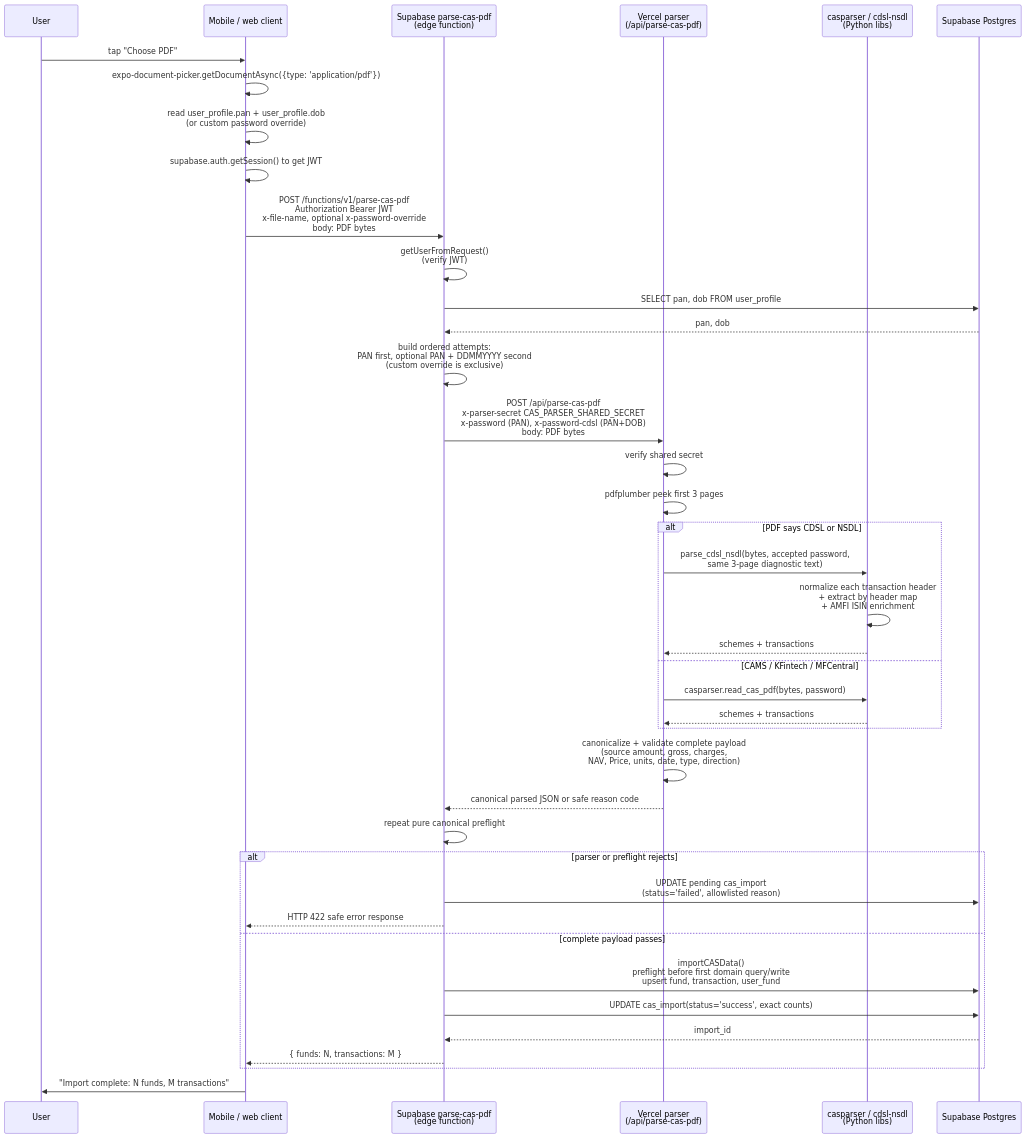
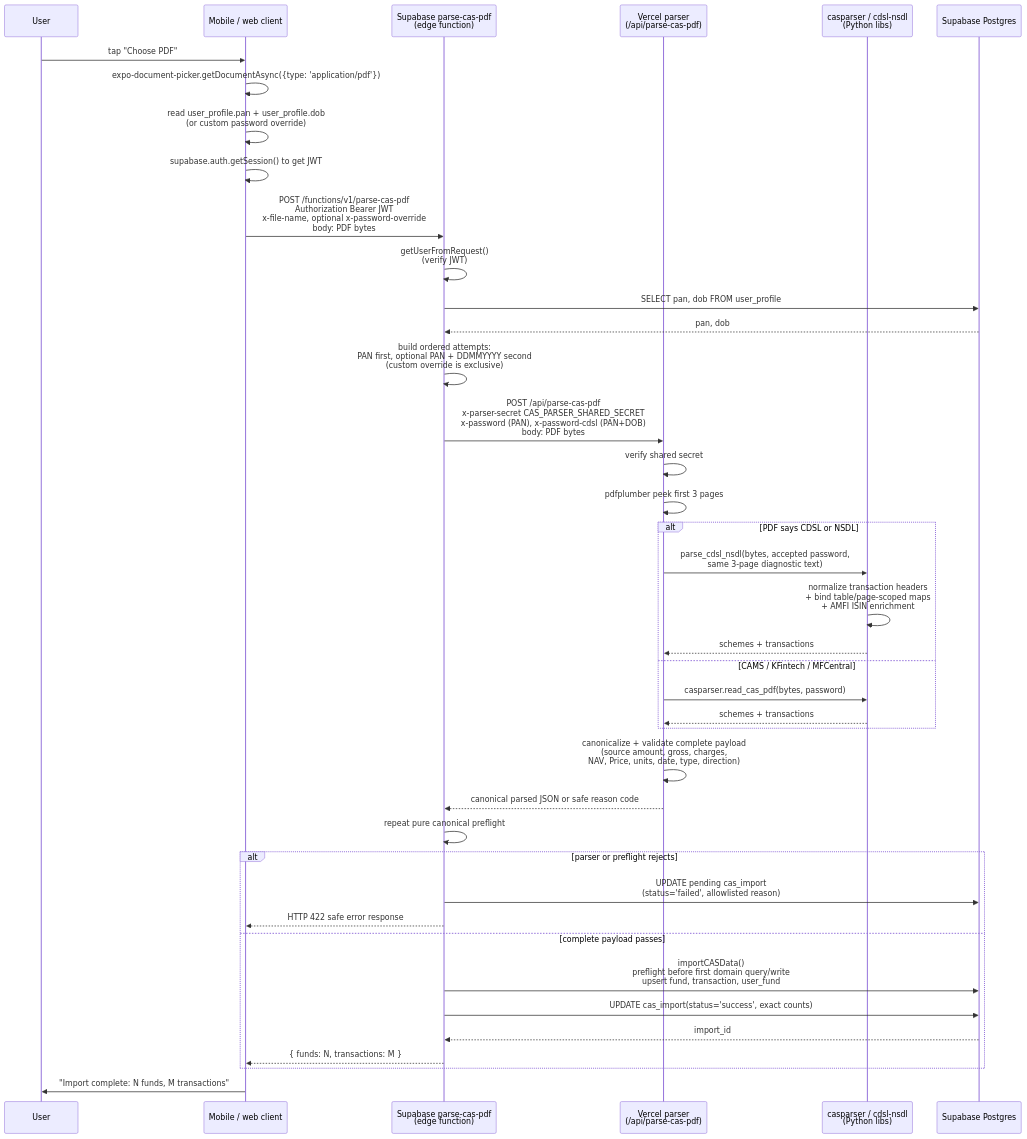
Before and after one commit to himanshu4141/FolioLens: the second of 2 diagrams in docs/architecture/cas-upload-flow.md, drawn with Mermaid. The commit also changed 11 other files, not shown here.

````diff
--- a/docs/architecture/cas-upload-flow.md
+++ b/docs/architecture/cas-upload-flow.md
@@ -42,47 +42,47 @@
 ```mermaid
 sequenceDiagram
   participant U as User
   participant App as Mobile / web client
   participant SB as Supabase parse-cas-pdf<br/>(edge function)
   participant V as Vercel parser<br/>(/api/parse-cas-pdf)
   participant Lib as casparser / cdsl-nsdl<br/>(Python libs)
   participant DB as Supabase Postgres
 
   U->>App: tap "Choose PDF"
   App->>App: expo-document-picker.getDocumentAsync({type: 'application/pdf'})
   App->>App: read user_profile.pan + user_profile.dob<br/>(or custom password override)
   App->>App: supabase.auth.getSession() to get JWT
   App->>SB: POST /functions/v1/parse-cas-pdf<br/>Authorization Bearer JWT<br/>x-file-name, optional x-password-override<br/>body: PDF bytes
 
   SB->>SB: getUserFromRequest()<br/>(verify JWT)
   SB->>DB: SELECT pan, dob FROM user_profile
   DB-->>SB: pan, dob
   SB->>SB: build ordered attempts:<br/>PAN first, optional PAN + DDMMYYYY second<br/>(custom override is exclusive)
   SB->>V: POST /api/parse-cas-pdf<br/>x-parser-secret CAS_PARSER_SHARED_SECRET<br/>x-password (PAN), x-password-cdsl (PAN+DOB)<br/>body: PDF bytes
 
   V->>V: verify shared secret
   V->>V: pdfplumber peek first 3 pages
   alt PDF says CDSL or NSDL
     V->>Lib: parse_cdsl_nsdl(bytes, accepted password,<br/>same 3-page diagnostic text)
-    Lib->>Lib: normalize each transaction header<br/>+ extract by header map<br/>+ AMFI ISIN enrichment
+    Lib->>Lib: normalize transaction headers<br/>+ bind table/page-scoped maps<br/>+ AMFI ISIN enrichment
     Lib-->>V: schemes + transactions
   else CAMS / KFintech / MFCentral
     V->>Lib: casparser.read_cas_pdf(bytes, password)
     Lib-->>V: schemes + transactions
   end
   V->>V: canonicalize + validate complete payload<br/>(source amount, gross, charges,<br/>NAV, Price, units, date, type, direction)
   V-->>SB: canonical parsed JSON or safe reason code
 
   SB->>SB: repeat pure canonical preflight
   alt parser or preflight rejects
     SB->>DB: UPDATE pending cas_import<br/>(status='failed', allowlisted reason)
     SB-->>App: HTTP 422 safe error response
   else complete payload passes
     SB->>DB: importCASData()<br/>preflight before first domain query/write<br/>upsert fund, transaction, user_fund
     SB->>DB: UPDATE cas_import(status='success', exact counts)
     DB-->>SB: import_id
     SB-->>App: { funds: N, transactions: M }
   end
 
   App->>U: "Import complete: N funds, M transactions"
 ```
````
